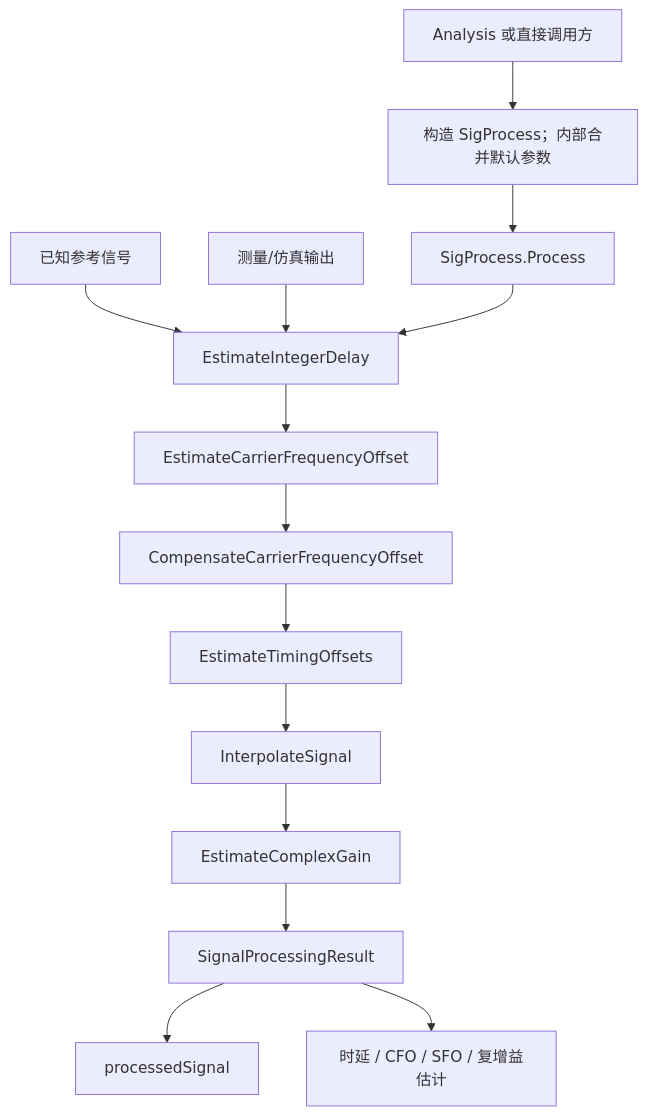
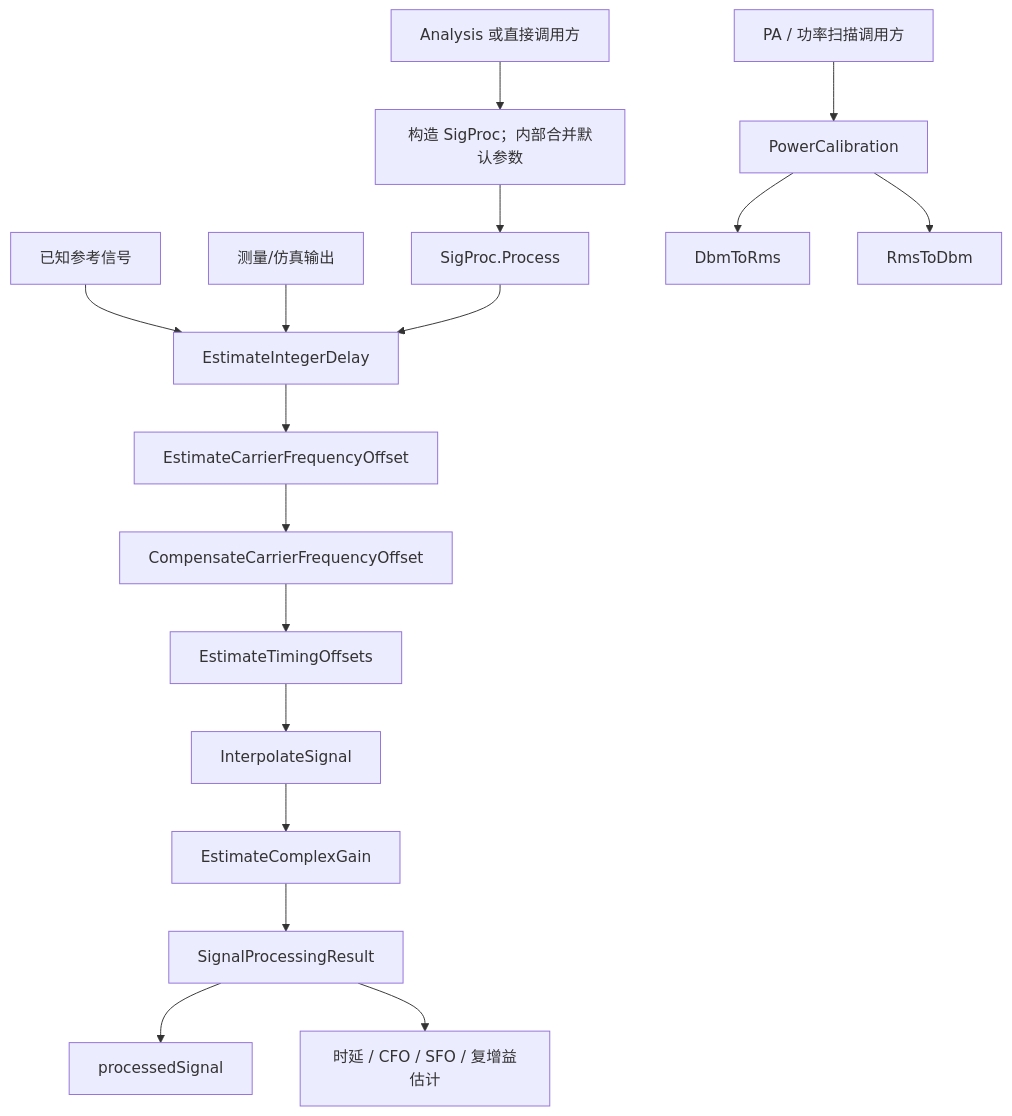
The eighth of 11 diagrams in README.md (niyilu45/DPD_ILC), drawn with Mermaid before and after one commit. The commit also changed other lines of this file and 19 other files, not shown here.

````diff
--- a/README.md
+++ b/README.md
@@ -287,16 +337,19 @@
 ```mermaid
 flowchart TD
-    caller["Analysis 或直接调用方"] --> processor["构造 SigProcess；内部合并默认参数"]
-    processor --> process["SigProcess.Process"]
+    caller["Analysis 或直接调用方"] --> processor["构造 SigProc；内部合并默认参数"]
+    processor --> process["SigProc.Process"]
     reference["已知参考信号"] --> integer["EstimateIntegerDelay"]
     measured["测量/仿真输出"] --> integer
     process --> integer
     integer --> cfo["EstimateCarrierFrequencyOffset"]
     cfo --> cfoComp["CompensateCarrierFrequencyOffset"]
     cfoComp --> timing["EstimateTimingOffsets"]
     timing --> interpolation["InterpolateSignal"]
     interpolation --> gain["EstimateComplexGain"]
     gain --> result["SignalProcessingResult"]
     result --> corrected["processedSignal"]
     result --> estimates["时延 / CFO / SFO / 复增益估计"]
+    powerCaller["PA / 功率扫描调用方"] --> calibration["PowerCalibration"]
+    calibration --> dbmToRms["DbmToRms"]
+    calibration --> rmsToDbm["RmsToDbm"]
 ```
````
